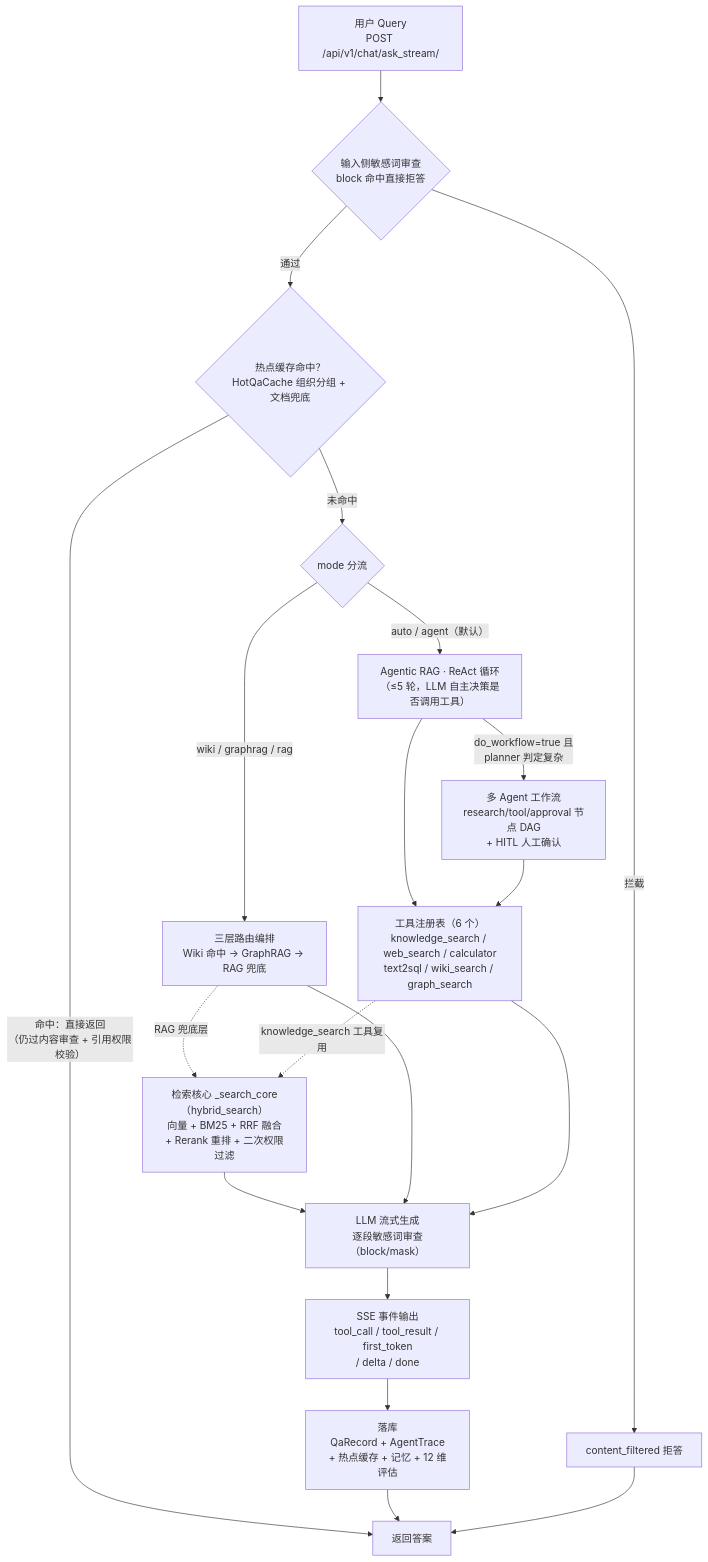
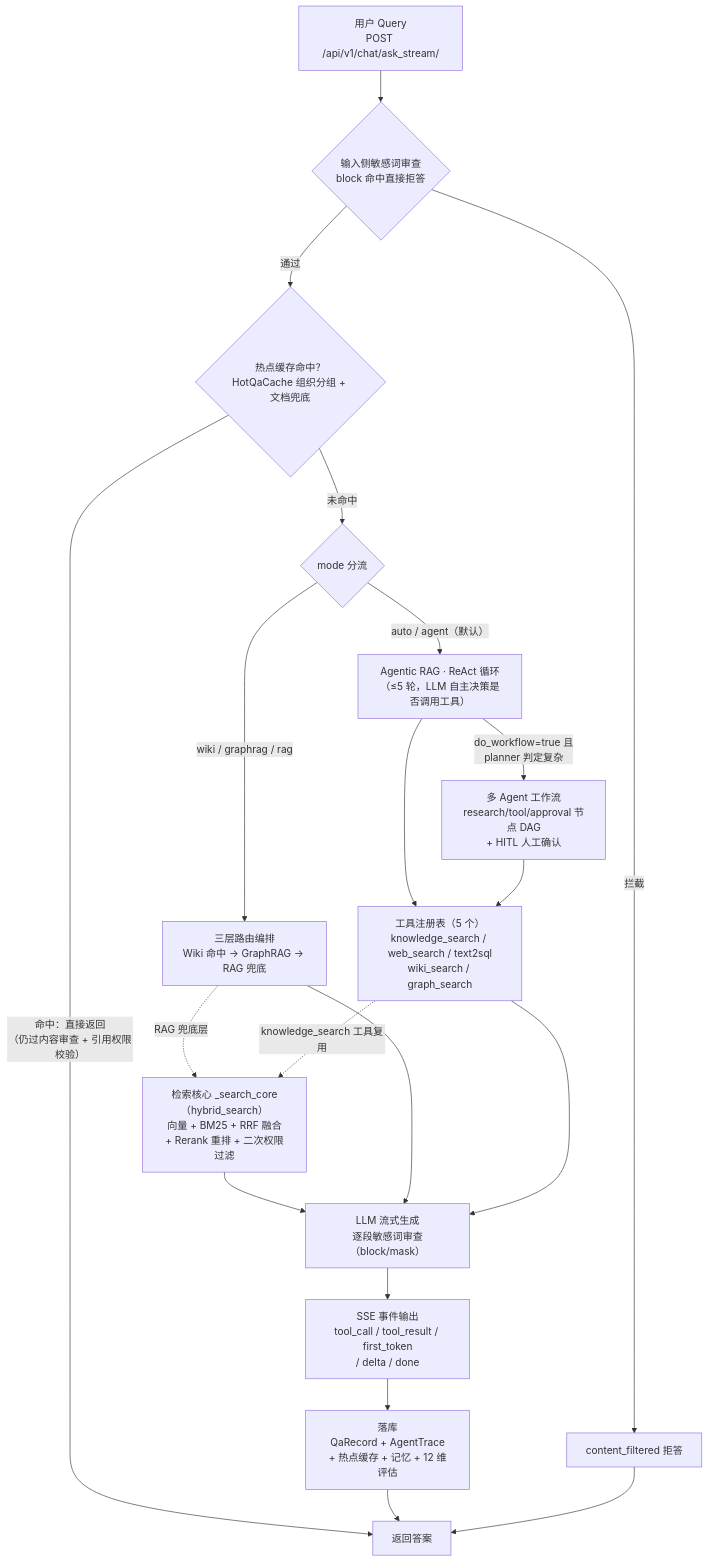
The diagram in README.md (caoyang728/rag), drawn with Mermaid before and after one commit. The commit also changed other lines of this file, not shown here.

````diff
--- a/README.md
+++ b/README.md
@@ -70,24 +45,24 @@
 ```mermaid
 flowchart TD
     Q["用户 Query<br/>POST /api/v1/chat/ask_stream/"] --> IN{"输入侧敏感词审查<br/>block 命中直接拒答"}
     IN -->|"拦截"| F["content_filtered 拒答"]
     IN -->|"通过"| CACHE{"热点缓存命中？<br/>HotQaCache 组织分组 + 文档兜底"}
     CACHE -->|"命中：直接返回<br/>（仍过内容审查 + 引用权限校验）"| DONE["返回答案"]
     CACHE -->|"未命中"| MODE{"mode 分流"}
 
     MODE -->|"wiki / graphrag / rag"| ROUTE["三层路由编排<br/>Wiki 命中 → GraphRAG → RAG 兜底"]
     MODE -->|"auto / agent（默认）"| REACT["Agentic RAG · ReAct 循环<br/>（≤5 轮，LLM 自主决策是否调用工具）"]
     REACT -->|"do_workflow=true 且<br/>planner 判定复杂"| WF["多 Agent 工作流<br/>research/tool/approval 节点 DAG<br/>+ HITL 人工确认"]
-    REACT --> TOOLS["工具注册表（6 个）<br/>knowledge_search / web_search / calculator<br/>text2sql / wiki_search / graph_search"]
+    REACT --> TOOLS["工具注册表（5 个）<br/>knowledge_search / web_search / text2sql<br/>wiki_search / graph_search"]
     WF --> TOOLS
 
     ROUTE -.->|"RAG 兜底层"| CORE["检索核心 _search_core（hybrid_search）<br/>向量 + BM25 + RRF 融合<br/>+ Rerank 重排 + 二次权限过滤"]
     TOOLS -.->|"knowledge_search 工具复用"| CORE
     CORE --> GEN["LLM 流式生成<br/>逐段敏感词审查（block/mask）"]
     ROUTE --> GEN
     TOOLS --> GEN
     GEN --> SSE["SSE 事件输出<br/>tool_call / tool_result / first_token<br/>/ delta / done"]
     SSE --> PERSIST["落库<br/>QaRecord + AgentTrace<br/>+ 热点缓存 + 记忆 + 12 维评估"]
     PERSIST --> DONE
     F --> DONE
 ```
````
